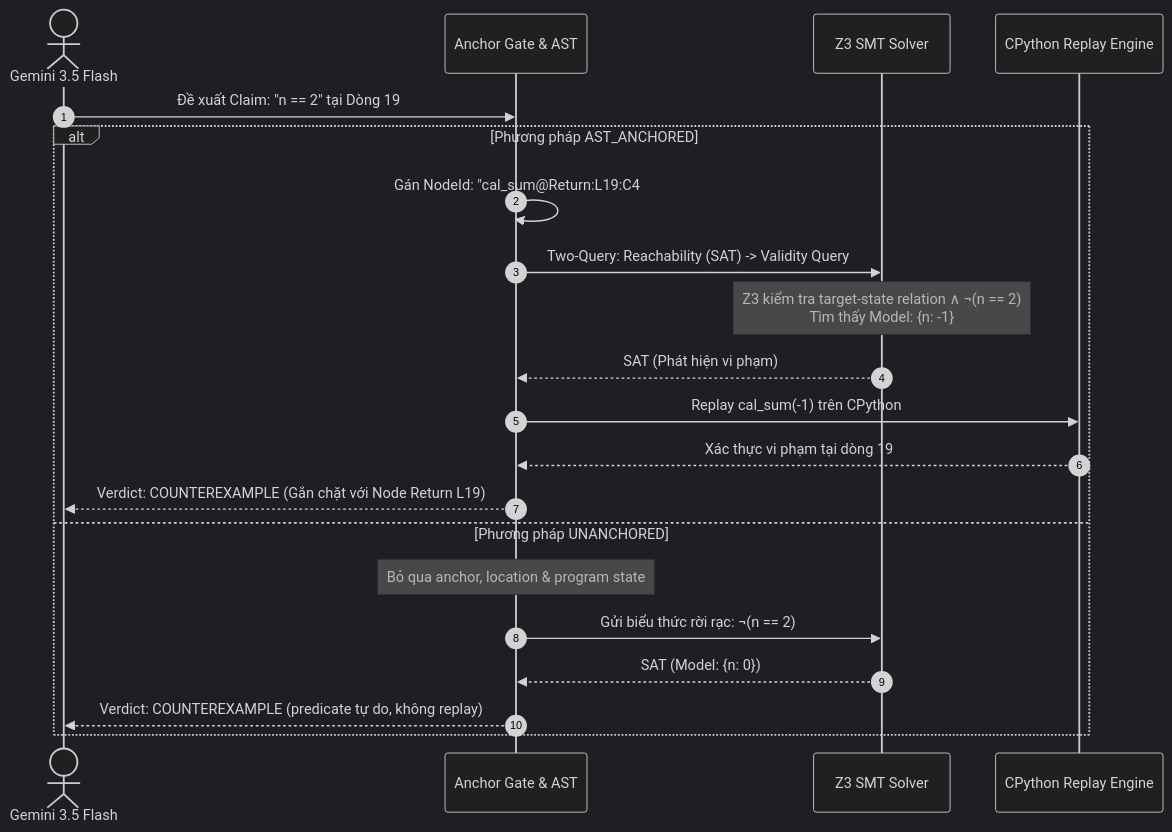
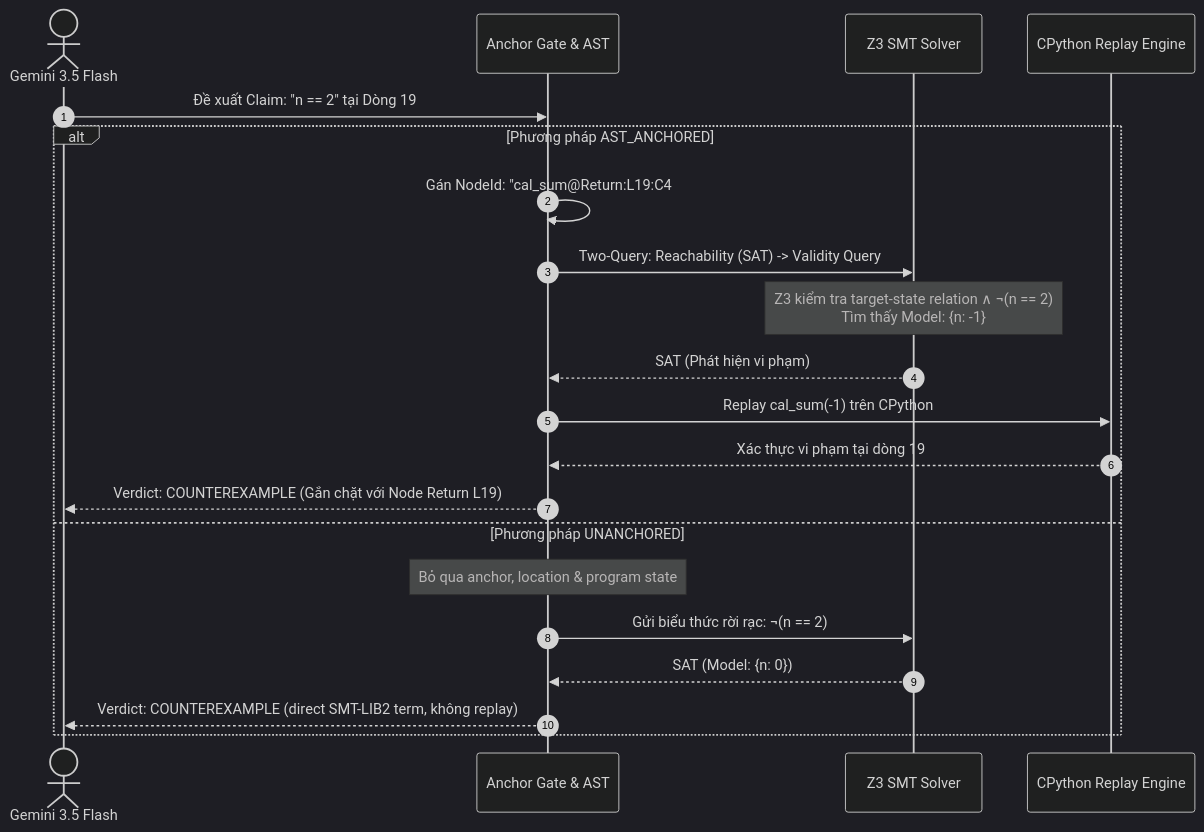
One commit to thanhcong10082005/Formal-Program-Verification-via-LLM-Chain-of-Thought-and-SMT-Logic changed the diagram in reports/BAO_CAO_CASE_STUDY_PERRIN.md. Above: the diagram before and after it, drawn with Mermaid (dark theme). The commit also changed other lines of this file and 211 other files, not shown here.

````diff
--- a/reports/BAO_CAO_CASE_STUDY_PERRIN.md
+++ b/reports/BAO_CAO_CASE_STUDY_PERRIN.md
@@ -154,24 +157,24 @@
 ```mermaid
 sequenceDiagram
     autonumber
     actor LLM as Gemini 3.5 Flash
     participant Gate as Anchor Gate & AST
     participant Z3 as Z3 SMT Solver
     participant Rep as CPython Replay Engine
 
     LLM->>Gate: Đề xuất Claim: "n == 2" tại Dòng 19
     alt Phương pháp AST_ANCHORED
         Gate->>Gate: Gán NodeId: "cal_sum@Return:L19:C4#0"
         Gate->>Z3: Two-Query: Reachability (SAT) -> Validity Query
         Note over Z3: Z3 kiểm tra target-state relation ∧ ¬(n == 2)<br>Tìm thấy Model: {n: -1}
         Z3-->>Gate: SAT (Phát hiện vi phạm)
         Gate->>Rep: Replay cal_sum(-1) trên CPython
         Rep-->>Gate: Xác thực vi phạm tại dòng 19
         Gate-->>LLM: Verdict: COUNTEREXAMPLE (Gắn chặt với Node Return L19)
     else Phương pháp UNANCHORED
         Note over Gate: Bỏ qua anchor, location & program state
         Gate->>Z3: Gửi biểu thức rời rạc: ¬(n == 2)
         Z3-->>Gate: SAT (Model: {n: 0})
-        Gate-->>LLM: Verdict: COUNTEREXAMPLE (predicate tự do, không replay)
+        Gate-->>LLM: Verdict: COUNTEREXAMPLE (direct SMT-LIB2 term, không replay)
     end
 ```
````
